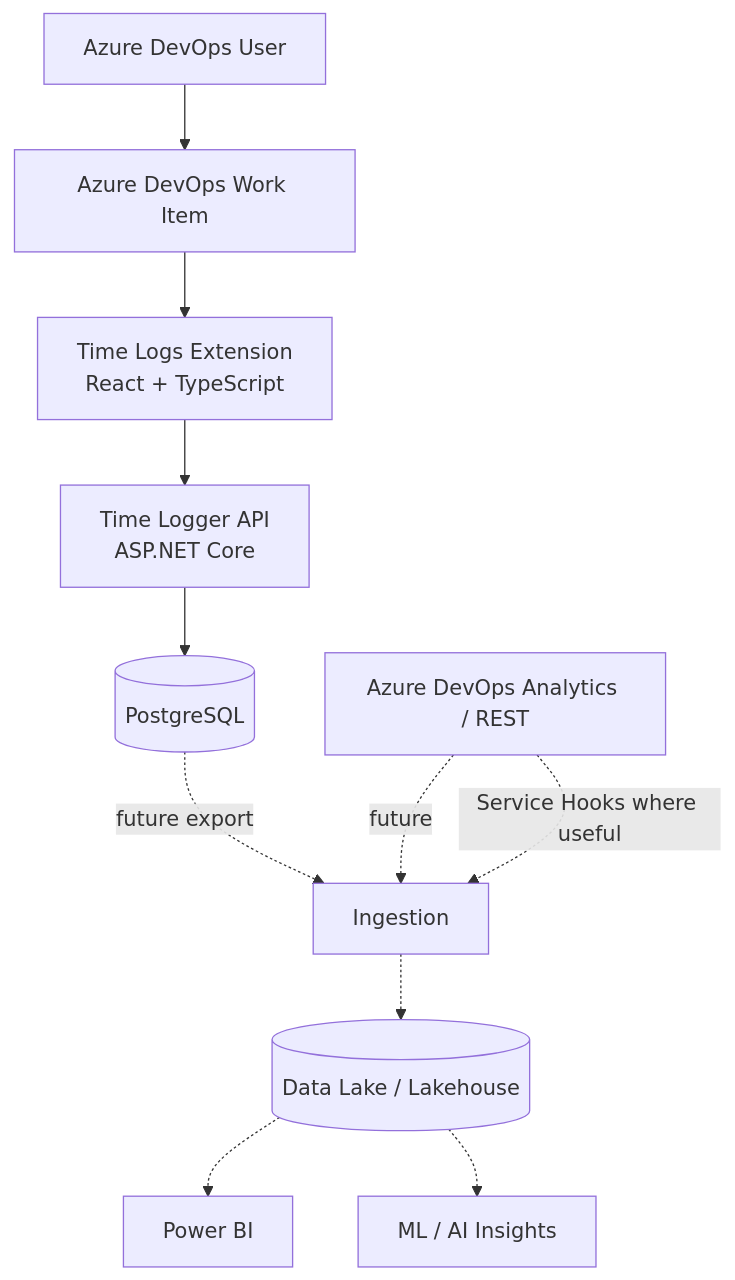
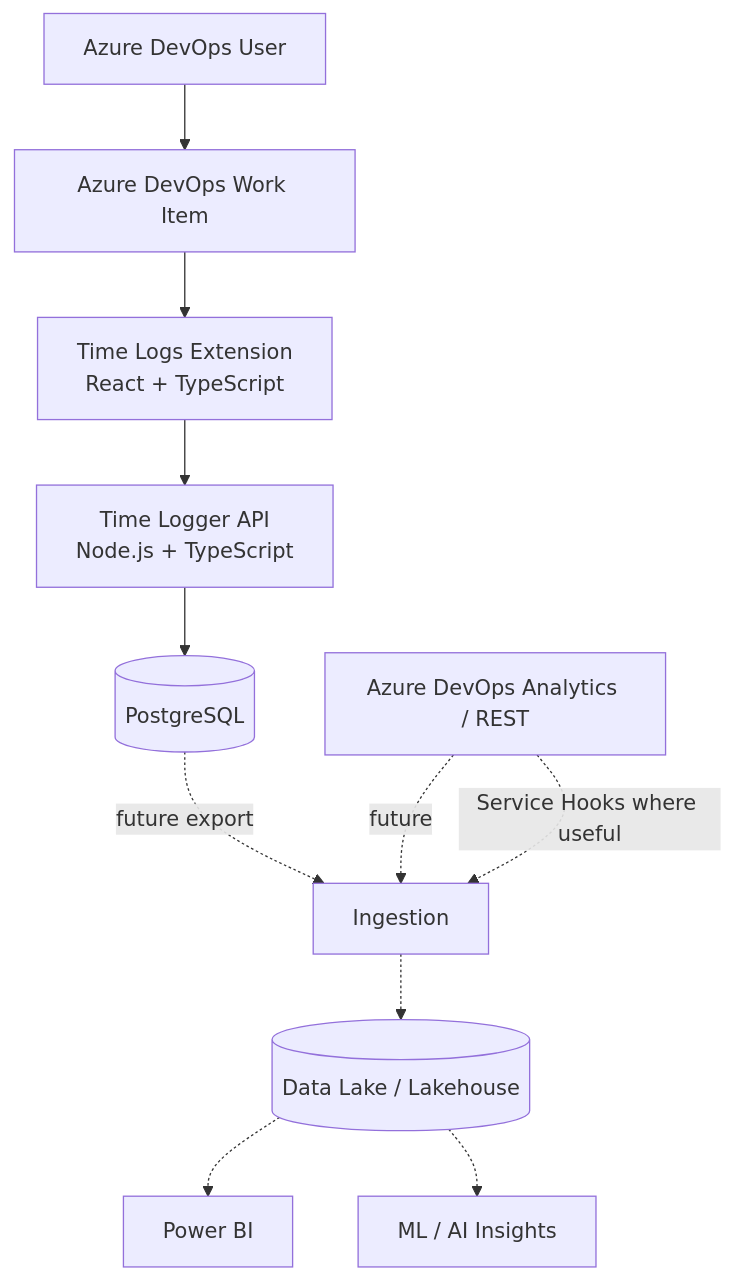
The first of 4 diagrams in docs/ARCHITECTURE.md (Deshanm123/azure-time-logger), drawn with Mermaid before and after one commit. The commit also changed other lines of this file and 55 other files, not shown here.

````diff
--- a/docs/ARCHITECTURE.md
+++ b/docs/ARCHITECTURE.md
@@ -11,14 +11,14 @@
 ```mermaid
 flowchart TB
     U[Azure DevOps User] --> WI[Azure DevOps Work Item]
     WI --> EXT[Time Logs Extension<br/>React + TypeScript]
-    EXT --> API[Time Logger API<br/>ASP.NET Core]
+    EXT --> API[Time Logger API<br/>Node.js + TypeScript]
     API --> DB[(PostgreSQL)]
 
     ADO[Azure DevOps Analytics / REST] -. future .-> ING[Ingestion]
     DB -. future export .-> ING
     ADO -. Service Hooks where useful .-> ING
     ING -.-> LAKE[(Data Lake / Lakehouse)]
     LAKE -.-> PBI[Power BI]
     LAKE -.-> ML[ML / AI Insights]
 ```
````
